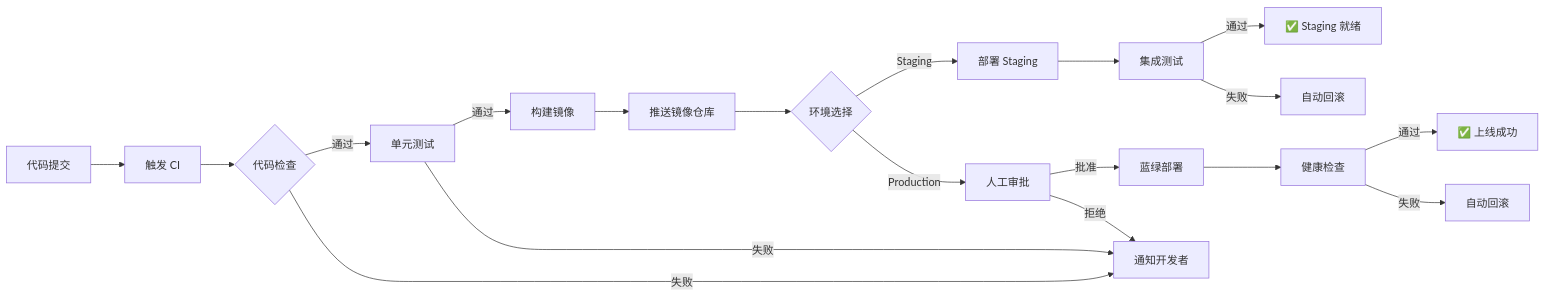
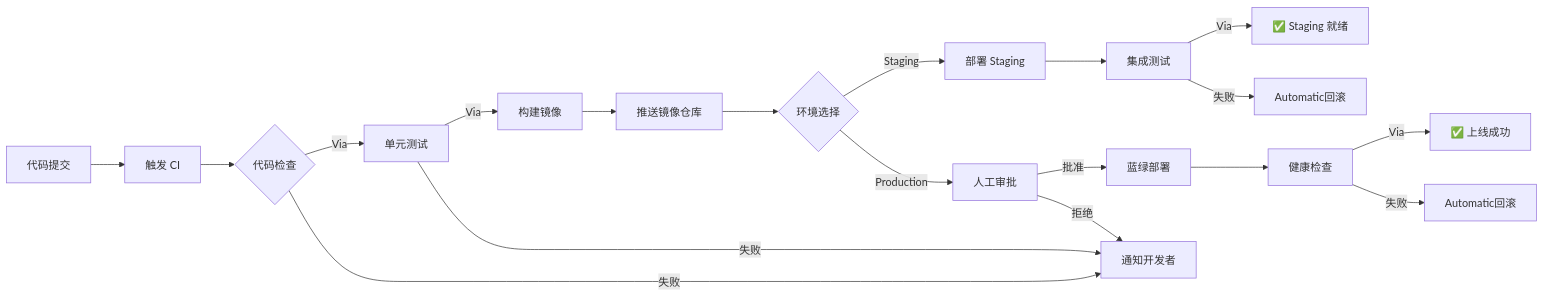
The second of 8 diagrams in skills/pretty-mermaid/SKILL.md (openakita/openakita), drawn with Mermaid before and after one commit. The commit also changed other lines of this file and 126 other files, not shown here.

````diff
--- a/skills/pretty-mermaid/SKILL.md
+++ b/skills/pretty-mermaid/SKILL.md
@@ -304,21 +304,21 @@
 ```mermaid
 flowchart LR
     A[代码提交] --> B[触发 CI]
     B --> C{代码检查}
-    C -->|通过| D[单元测试]
+    C -->|Via| D[单元测试]
     C -->|失败| Z[通知开发者]
-    D -->|通过| E[构建镜像]
+    D -->|Via| E[构建镜像]
     D -->|失败| Z
     E --> F[推送镜像仓库]
     F --> G{环境选择}
     G -->|Staging| H[部署 Staging]
     G -->|Production| I[人工审批]
     I -->|批准| J[蓝绿部署]
     I -->|拒绝| Z
     H --> K[集成测试]
-    K -->|通过| L[✅ Staging 就绪]
-    K -->|失败| M[自动回滚]
+    K -->|Via| L[✅ Staging 就绪]
+    K -->|失败| M[Automatic回滚]
     J --> N[健康检查]
-    N -->|通过| O[✅ 上线成功]
-    N -->|失败| P[自动回滚]
+    N -->|Via| O[✅ 上线成功]
+    N -->|失败| P[Automatic回滚]
 ```
````
